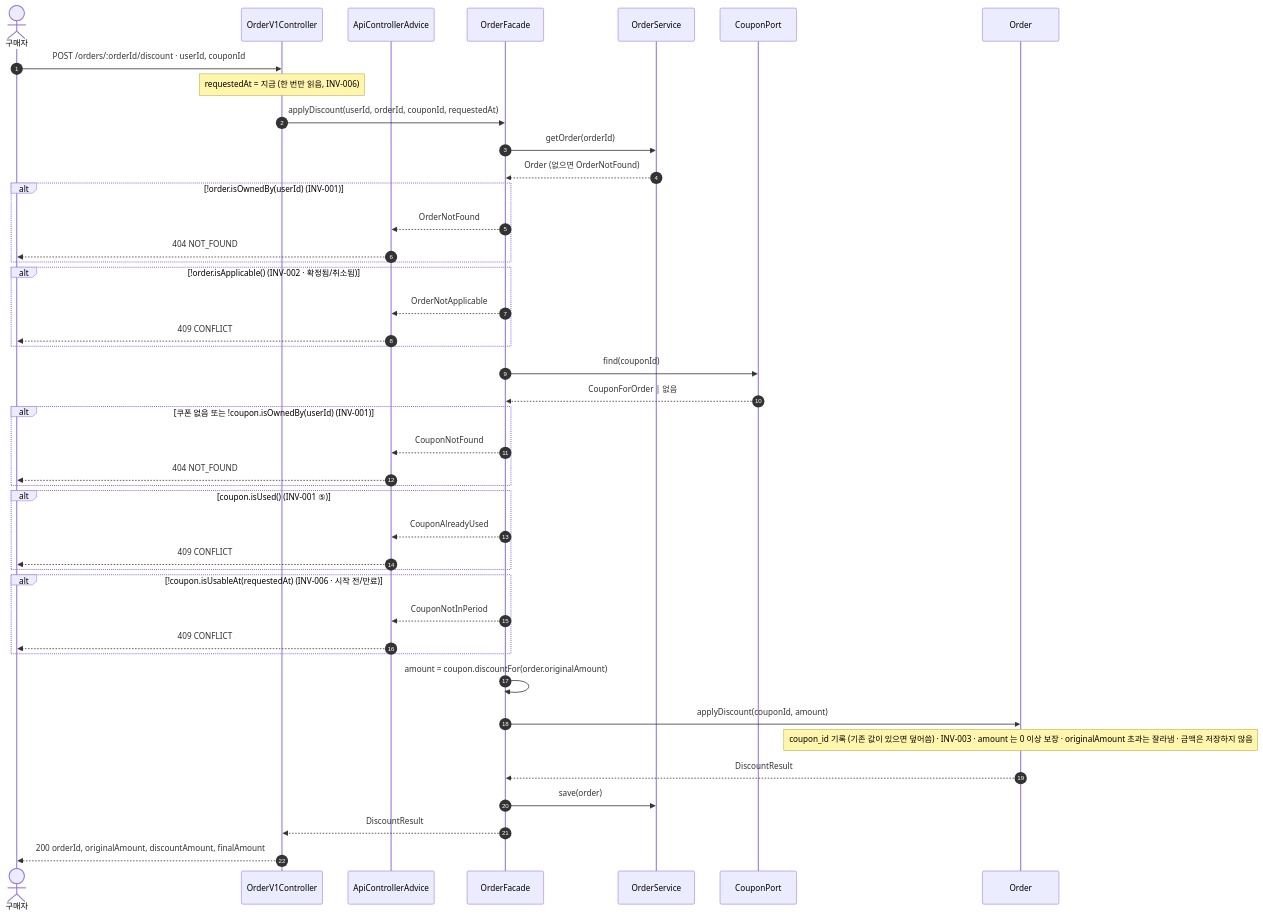
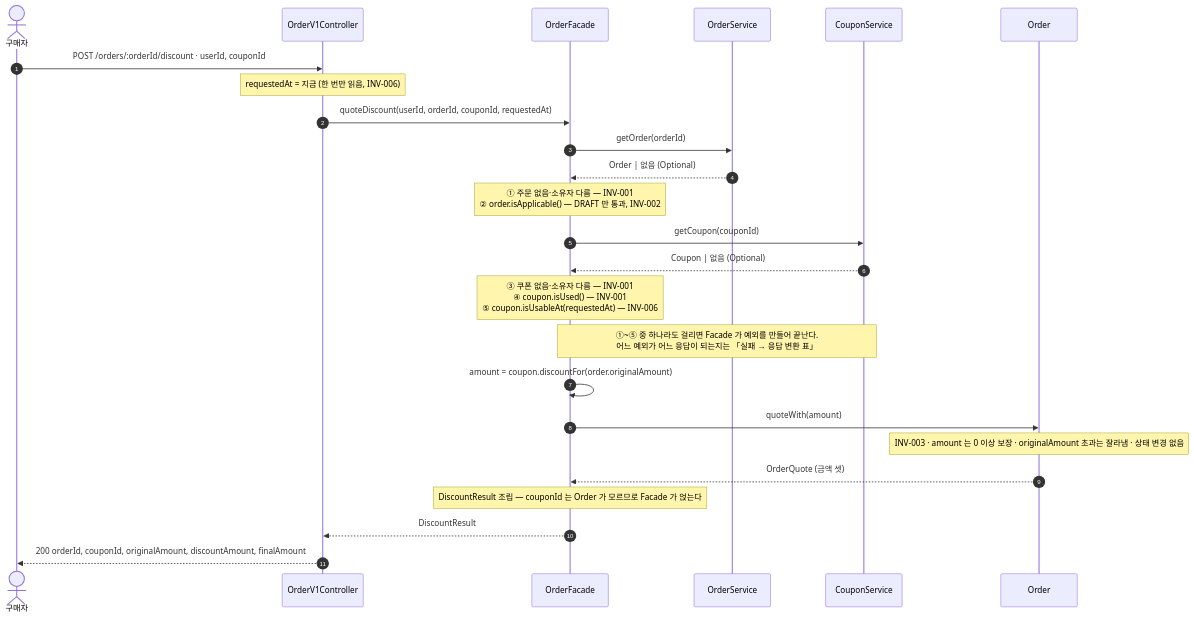
Before and after one commit to loopers-labs/loop-pack-be-l2-vol5-java: the diagram in docs/week1/order-discount-contract.md, drawn with Mermaid. The commit also changed other lines of this file, not shown here.

````diff
--- a/docs/week1/order-discount-contract.md
+++ b/docs/week1/order-discount-contract.md
@@ -559,45 +414,27 @@
 ```mermaid
 sequenceDiagram
   autonumber
   actor B as 구매자
   participant C as OrderV1Controller
-  participant A as ApiControllerAdvice
   participant S as OrderFacade
   participant OS as OrderService
-  participant CP as CouponPort
+  participant CP as CouponService
   participant O as Order
   B->>C: POST /orders/:orderId/discount · userId, couponId
   Note over C: requestedAt = 지금 (한 번만 읽음, INV-006)
-  C->>S: applyDiscount(userId, orderId, couponId, requestedAt)
+  C->>S: quoteDiscount(userId, orderId, couponId, requestedAt)
   S->>OS: getOrder(orderId)
-  OS-->>S: Order (없으면 OrderNotFound)
-  alt !order.isOwnedBy(userId)  (INV-001)
-    S-->>A: OrderNotFound
-    A-->>B: 404 NOT_FOUND
-  end
-  alt !order.isApplicable()  (INV-002 · 확정됨/취소됨)
-    S-->>A: OrderNotApplicable
-    A-->>B: 409 CONFLICT
-  end
-  S->>CP: find(couponId)
-  CP-->>S: CouponForOrder | 없음
-  alt 쿠폰 없음 또는 !coupon.isOwnedBy(userId)  (INV-001)
-    S-->>A: CouponNotFound
-    A-->>B: 404 NOT_FOUND
-  end
-  alt coupon.isUsed()  (INV-001 ⑤)
-    S-->>A: CouponAlreadyUsed
-    A-->>B: 409 CONFLICT
-  end
-  alt !coupon.isUsableAt(requestedAt)  (INV-006 · 시작 전/만료)
-    S-->>A: CouponNotInPeriod
-    A-->>B: 409 CONFLICT
-  end
+  OS-->>S: Order | 없음 (Optional)
+  Note over S: ① 주문 없음·소유자 다름 — INV-001<br/>② order.isApplicable() — DRAFT 만 통과, INV-002
+  S->>CP: getCoupon(couponId)
+  CP-->>S: Coupon | 없음 (Optional)
+  Note over S: ③ 쿠폰 없음·소유자 다름 — INV-001<br/>④ coupon.isUsed() — INV-001<br/>⑤ coupon.isUsableAt(requestedAt) — INV-006
+  Note over S,CP: ①~⑤ 중 하나라도 걸리면 Facade 가 예외를 만들어 끝난다.<br/>어느 예외가 어느 응답이 되는지는 「실패 → 응답 변환 표」
   S->>S: amount = coupon.discountFor(order.originalAmount)
-  S->>O: applyDiscount(couponId, amount)
-  Note over O: coupon_id 기록 (기존 값이 있으면 덮어씀) · INV-003 · amount 는 0 이상 보장 · originalAmount 초과는 잘라냄 · 금액은 저장하지 않음
-  O-->>S: DiscountResult
-  S->>OS: save(order)
+  S->>O: quoteWith(amount)
+  Note over O: INV-003 · amount 는 0 이상 보장 · originalAmount 초과는 잘라냄 · 상태 변경 없음
+  O-->>S: OrderQuote (금액 셋)
+  Note over S: DiscountResult 조립 — couponId 는 Order 가 모르므로 Facade 가 얹는다
   S-->>C: DiscountResult
-  C-->>B: 200 orderId, originalAmount, discountAmount, finalAmount
+  C-->>B: 200 orderId, couponId, originalAmount, discountAmount, finalAmount
 ```
````
